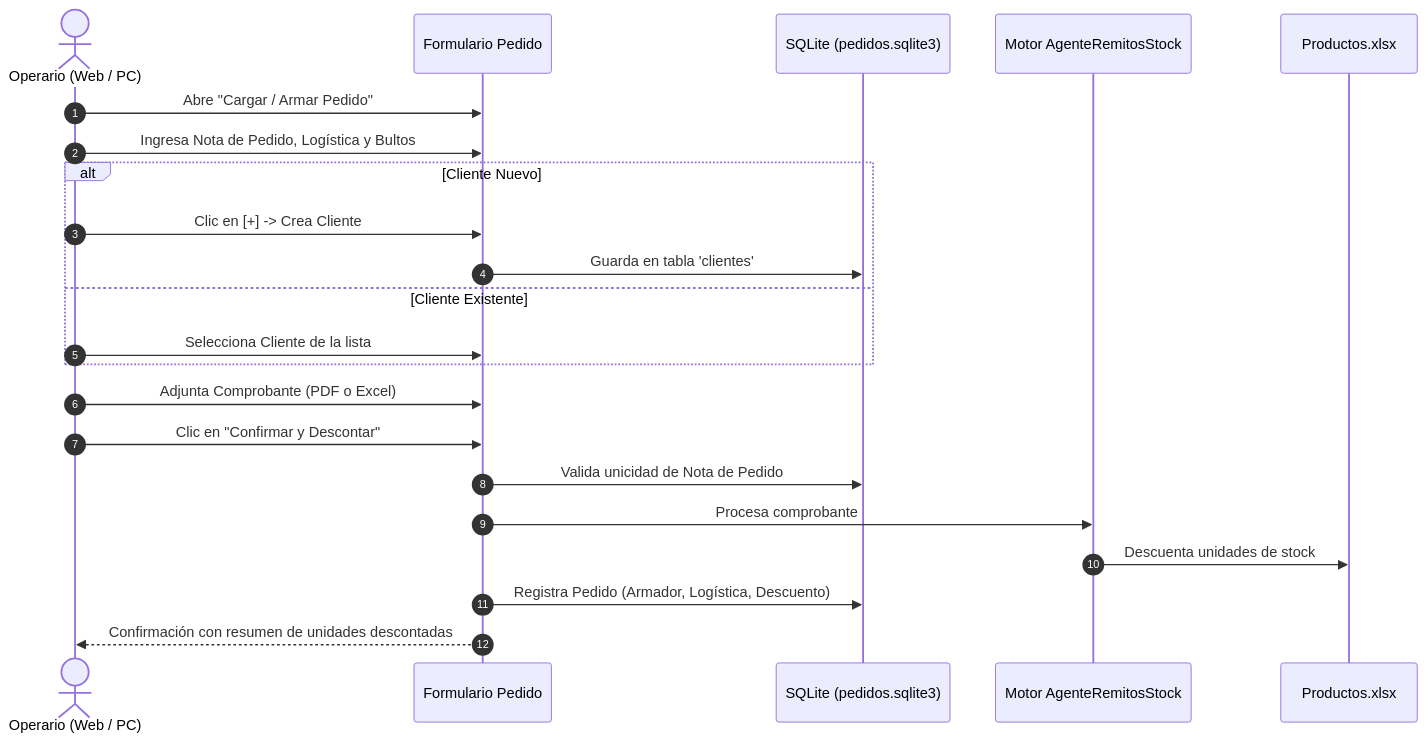
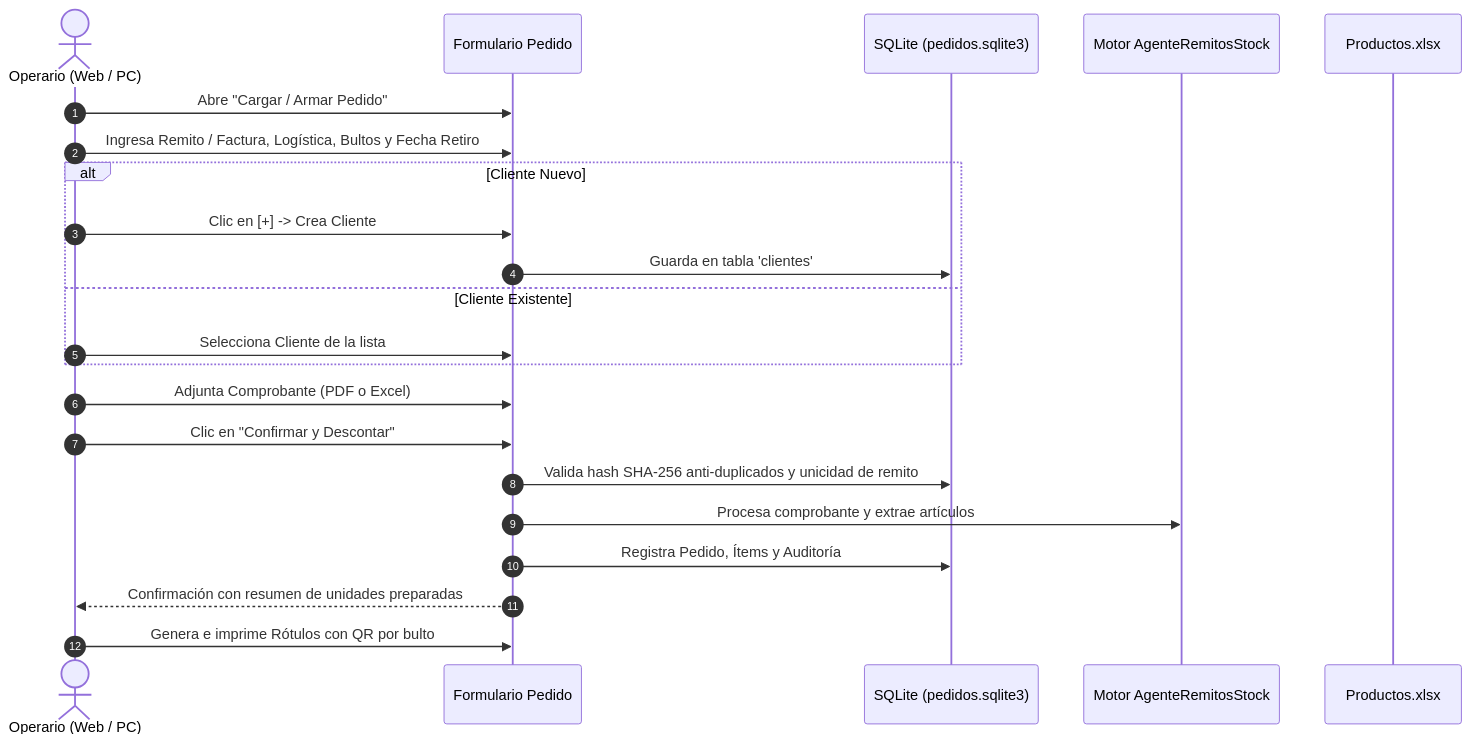
The second of 2 diagrams in README.md (Kniball4726/Agentes), drawn with Mermaid before and after one commit. The commit also changed other lines of this file and 32 other files, not shown here.

````diff
--- a/README.md
+++ b/README.md
@@ -151,25 +265,25 @@
 ```mermaid
 sequenceDiagram
     autonumber
     actor Op as Operario (Web / PC)
     participant UI as Formulario Pedido
     participant DB as SQLite (pedidos.sqlite3)
     participant Core as Motor AgenteRemitosStock
     participant XL as Productos.xlsx
 
     Op->>UI: Abre "Cargar / Armar Pedido"
-    Op->>UI: Ingresa Nota de Pedido, Logística y Bultos
+    Op->>UI: Ingresa Remito / Factura, Logística, Bultos y Fecha Retiro
     alt Cliente Nuevo
         Op->>UI: Clic en [+] -> Crea Cliente
         UI->>DB: Guarda en tabla 'clientes'
     else Cliente Existente
         Op->>UI: Selecciona Cliente de la lista
     end
     Op->>UI: Adjunta Comprobante (PDF o Excel)
     Op->>UI: Clic en "Confirmar y Descontar"
-    UI->>DB: Valida unicidad de Nota de Pedido
-    UI->>Core: Procesa comprobante
-    Core->>XL: Descuenta unidades de stock
-    UI->>DB: Registra Pedido (Armador, Logística, Descuento)
-    UI-->>Op: Confirmación con resumen de unidades descontadas
+    UI->>DB: Valida hash SHA-256 anti-duplicados y unicidad de remito
+    UI->>Core: Procesa comprobante y extrae artículos
+    UI->>DB: Registra Pedido, Ítems y Auditoría
+    UI-->>Op: Confirmación con resumen de unidades preparadas
+    Op->>UI: Genera e imprime Rótulos con QR por bulto
 ```
````
